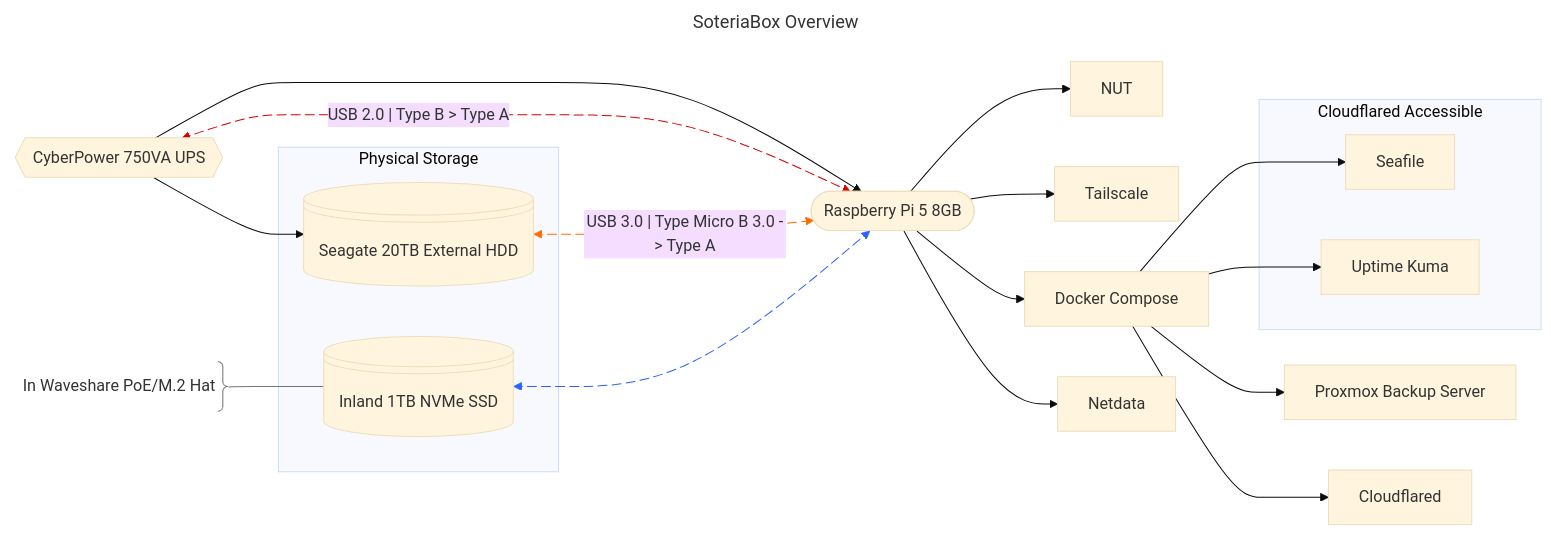
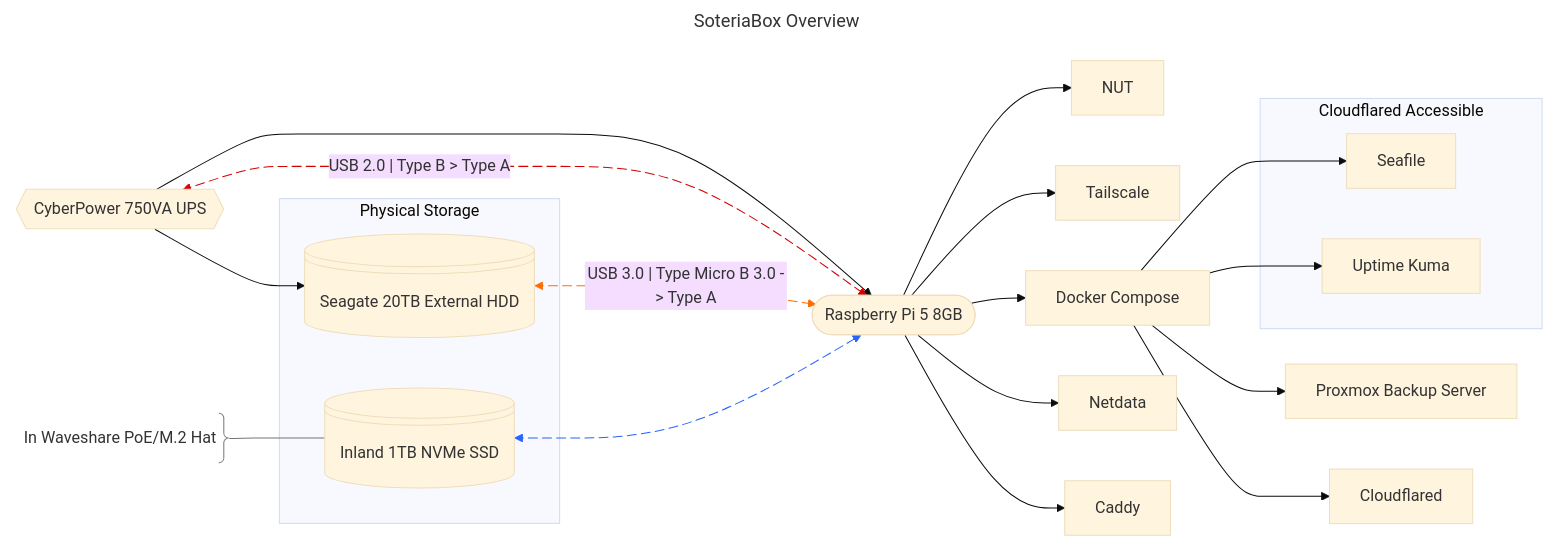
Before and after one commit to sethdotfm/SoteriaBox: the diagram in README.md, drawn with Mermaid (base theme).

Commit message:
Can't forget Caddy!

````diff
--- a/README.md
+++ b/README.md
@@ -1,35 +1,37 @@
 ```mermaid
 ---
+config:
+  layout: dagre
 title: SoteriaBox Overview
 ---
 flowchart LR
  subgraph s1["Physical Storage"]
         n1["Seagate 20TB External HDD"]
         n2["Inland 1TB NVMe SSD"]
   end
  subgraph s2["Cloudflared Accessible"]
         n10["Seafile"]
         n13["Uptime Kuma"]
   end
     n4["CyberPower 750VA UPS"] --> n3(["Raspberry Pi 5 8GB"]) & n1
     n4 L_n4_n3_2@<-- "USB 2.0 | Type B &gt; Type A" --> n3
     n6["In Waveshare PoE/M.2 Hat"] --- n2
     n1 L_n1_n3_0@<-- "USB 3.0 | Type Micro B 3.0 -&gt; Type A" --> n3
     n2 L_n2_n3_0@<--> n3
-    n3 --> n7["NUT"] & n8["Tailscale"] & n9["Docker Compose"] & n14["Netdata"]
+    n3 --> n7["NUT"] & n8["Tailscale"] & n9["Docker Compose"] & n14["Netdata"] & n15["Caddy"]
     n9 --> n10 & n11["Proxmox Backup Server"] & n12["Cloudflared"] & n13
 
     n1@{ shape: disk}
     n2@{ shape: disk}
     n4@{ shape: hex}
     n6@{ shape: brace-r}
     style n6 stroke:#757575
     linkStyle 2 stroke:#D50000,fill:none
     linkStyle 3 stroke:#757575,fill:none
     linkStyle 4 stroke:#FF6D00,fill:none
     linkStyle 5 stroke:#2962FF,fill:none
 
     L_n4_n3_2@{ animation: slow } 
     L_n1_n3_0@{ animation: slow } 
     L_n2_n3_0@{ animation: fast }
 ```
````
